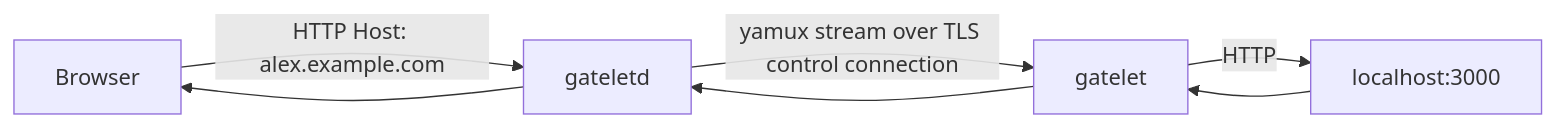
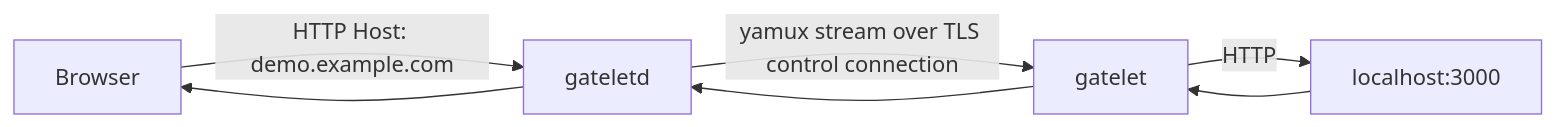
The diagram in README.md (alex-oleshkevich/gatelet), drawn with Mermaid before and after one commit. The commit also changed other lines of this file, not shown here.

````diff
--- a/README.md
+++ b/README.md
@@ -15,7 +12,7 @@
 ```mermaid
 flowchart LR
-    Browser[Browser] -->|HTTP Host: alex.example.com| Relay[gateletd]
+    Browser[Browser] -->|HTTP Host: demo.example.com| Relay[gateletd]
     Relay -->|yamux stream over TLS control connection| Client[gatelet]
     Client -->|HTTP| Local[localhost:3000]
     Local --> Client --> Relay --> Browser
 ```
````
